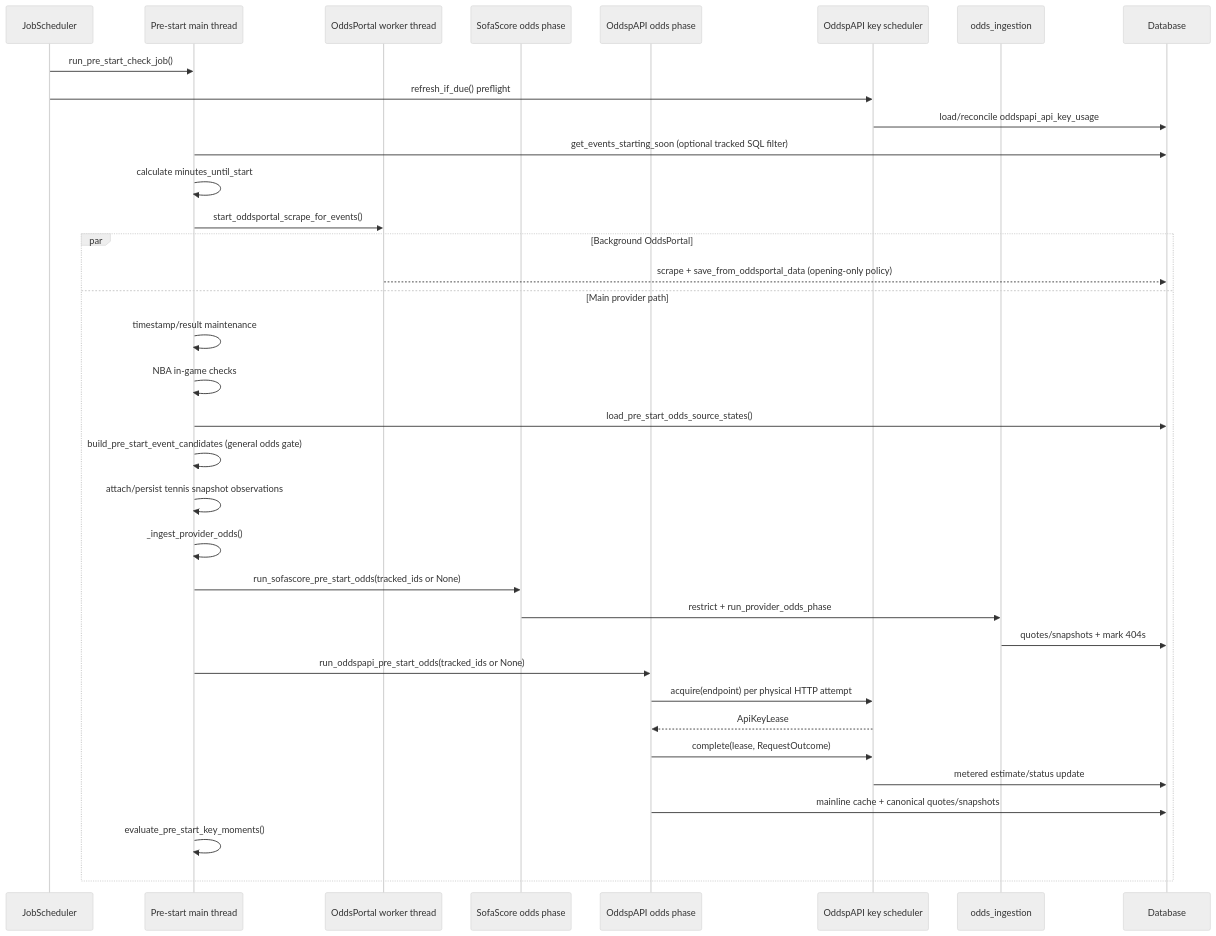
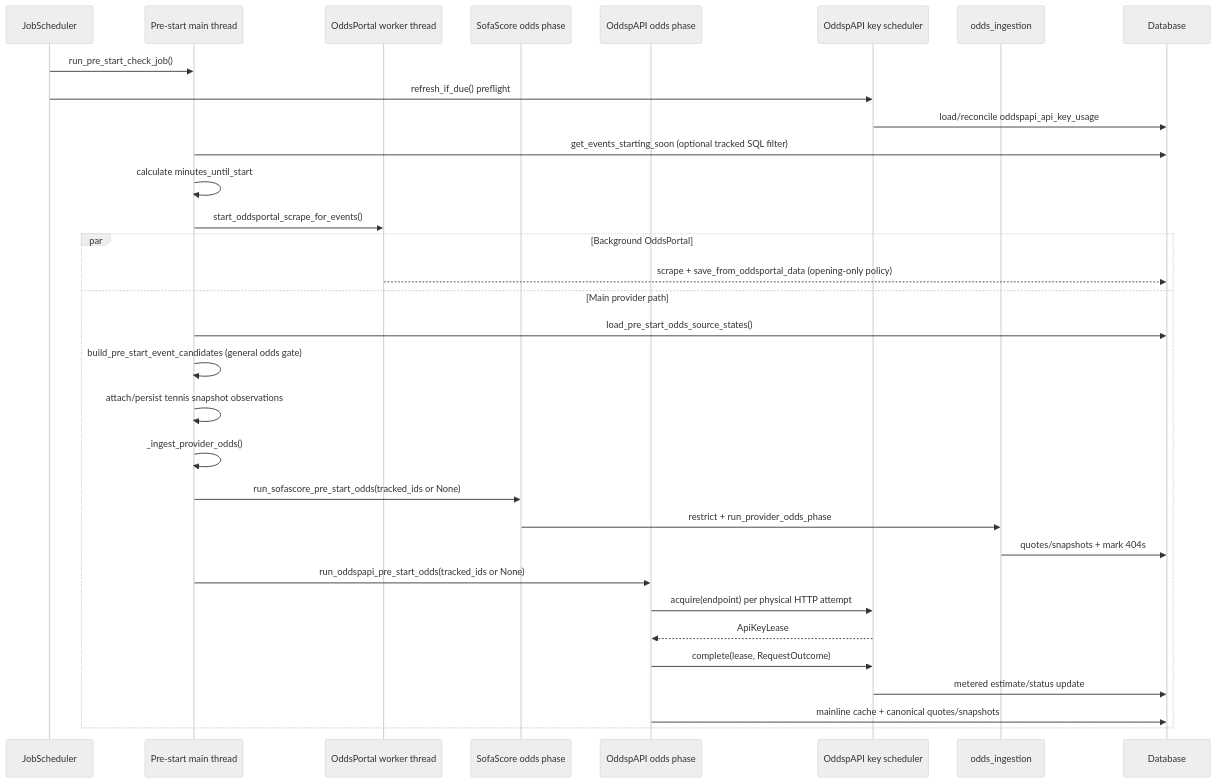
One commit to GadielRP/scraping_with_api changed the first of 5 diagrams in docs/providers/pre_start_odds_ingestion.md. Above: the diagram before and after it, drawn with Mermaid (neutral theme). The commit also changed other lines of this file and 21 other files, not shown here.

````diff
--- a/docs/providers/pre_start_odds_ingestion.md
+++ b/docs/providers/pre_start_odds_ingestion.md
@@ -116,38 +114,35 @@
 ```mermaid
 sequenceDiagram
     participant JS as JobScheduler
     participant PS as Pre-start main thread
     participant OP as OddsPortal worker thread
     participant SS as SofaScore odds phase
     participant OA as OddspAPI odds phase
     participant KS as OddspAPI key scheduler
     participant IN as odds_ingestion
     participant DB as Database
 
     JS->>PS: run_pre_start_check_job()
     JS->>KS: refresh_if_due() preflight
     KS->>DB: load/reconcile oddspapi_api_key_usage
     PS->>DB: get_events_starting_soon (optional tracked SQL filter)
     PS->>PS: calculate minutes_until_start
     PS->>OP: start_oddsportal_scrape_for_events()
     par Background OddsPortal
         OP-->>DB: scrape + save_from_oddsportal_data (opening-only policy)
     and Main provider path
-        PS->>PS: timestamp/result maintenance
-        PS->>PS: NBA in-game checks
         PS->>DB: load_pre_start_odds_source_states()
         PS->>PS: build_pre_start_event_candidates (general odds gate)
         PS->>PS: attach/persist tennis snapshot observations
         PS->>PS: _ingest_provider_odds()
         PS->>SS: run_sofascore_pre_start_odds(tracked_ids or None)
         SS->>IN: restrict + run_provider_odds_phase
         IN->>DB: quotes/snapshots + mark 404s
         PS->>OA: run_oddspapi_pre_start_odds(tracked_ids or None)
         OA->>KS: acquire(endpoint) per physical HTTP attempt
         KS-->>OA: ApiKeyLease
         OA->>KS: complete(lease, RequestOutcome)
         KS->>DB: metered estimate/status update
         OA->>DB: mainline cache + canonical quotes/snapshots
-        PS->>PS: evaluate_pre_start_key_moments()
     end
 ```
````
